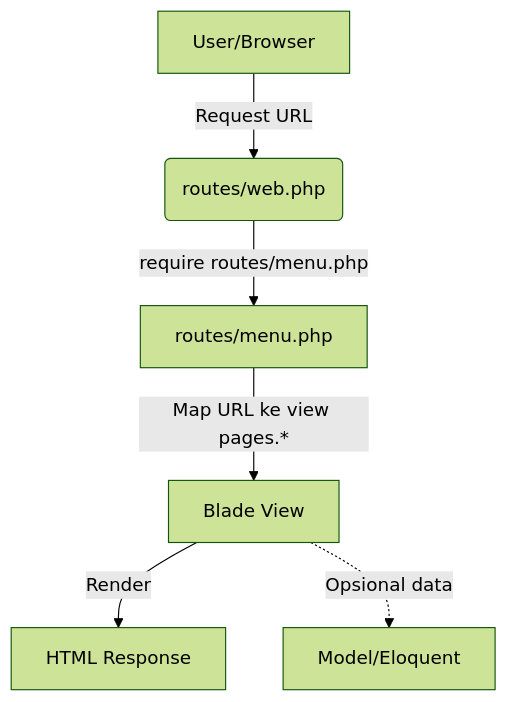
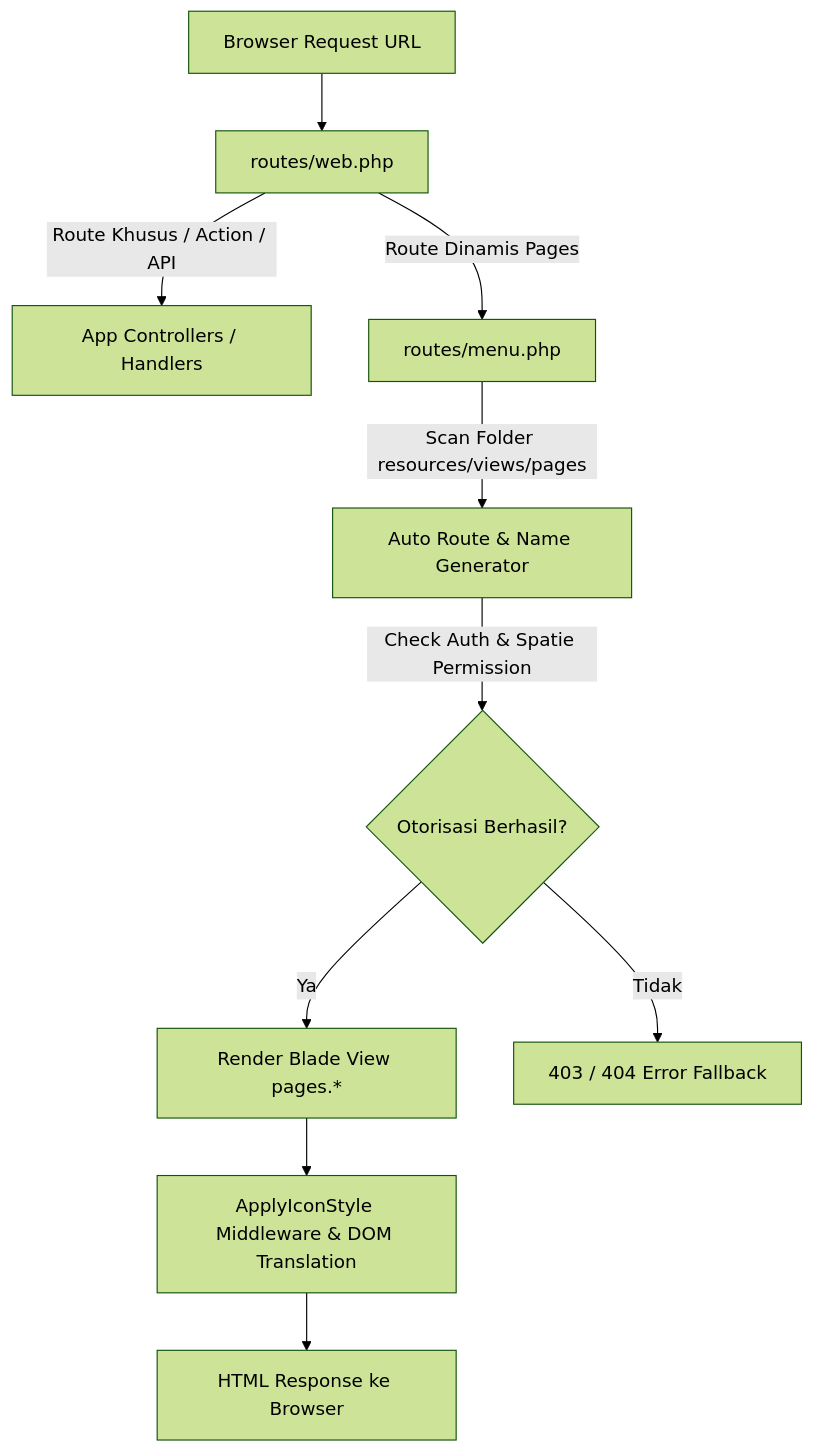
Before and after one commit to AbdoelMadjid/veltronic-template: the diagram in README.md, drawn with Mermaid (forest theme). The commit also changed other lines of this file and 4 other files, not shown here.

````diff
--- a/README.md
+++ b/README.md
@@ -346,8 +224,12 @@
 ```mermaid
 graph TD
-    A[User/Browser] -->|Request URL| B(routes/web.php)
-    B -->|require routes/menu.php| C[routes/menu.php]
-    C -->|Map URL ke view pages.*| D[Blade View]
-    D -->|Render| E[HTML Response]
-    D -.->|Opsional data| F[Model/Eloquent]
+    A[Browser Request URL] --> B[routes/web.php]
+    B -->|Route Khusus / Action / API| C[App Controllers / Handlers]
+    B -->|Route Dinamis Pages| D[routes/menu.php]
+    D -->|Scan Folder resources/views/pages| E[Auto Route & Name Generator]
+    E -->|Check Auth & Spatie Permission| F{Otorisasi Berhasil?}
+    F -->|Ya| G[Render Blade View pages.*]
+    F -->|Tidak| H[403 / 404 Error Fallback]
+    G --> I[ApplyIconStyle Middleware & DOM Translation]
+    I --> J[HTML Response ke Browser]
 ```
````
